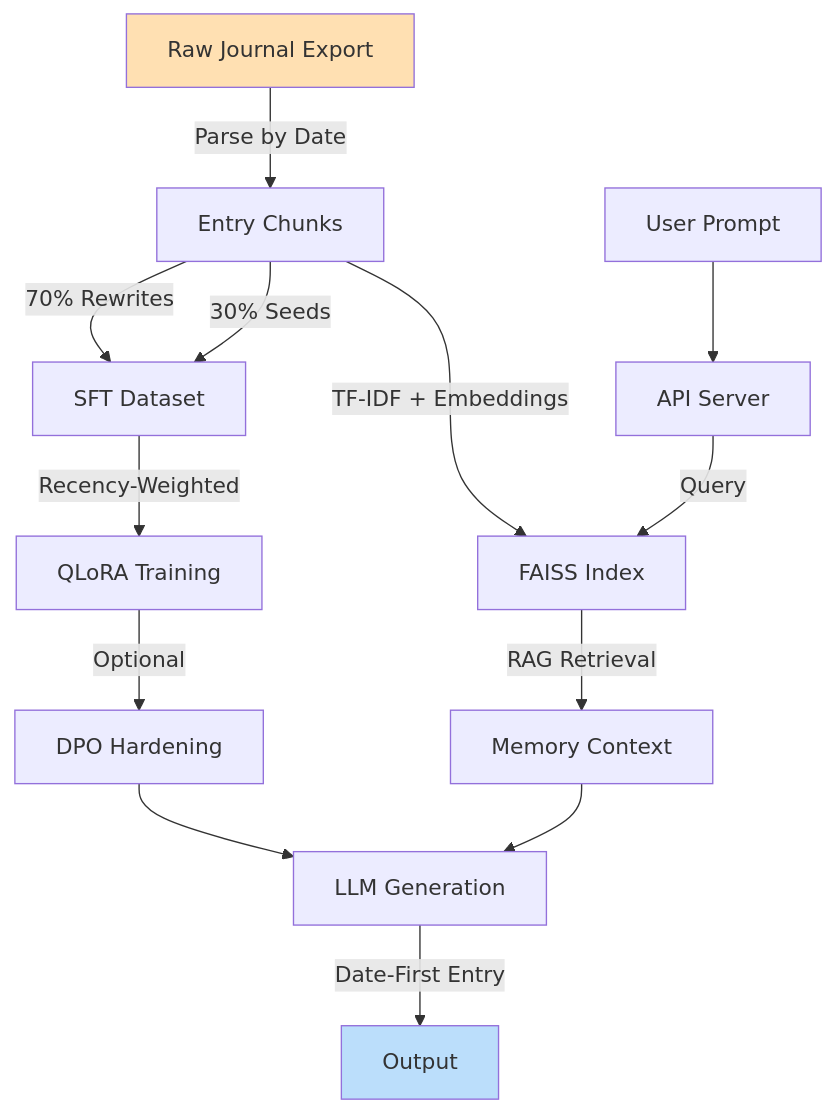
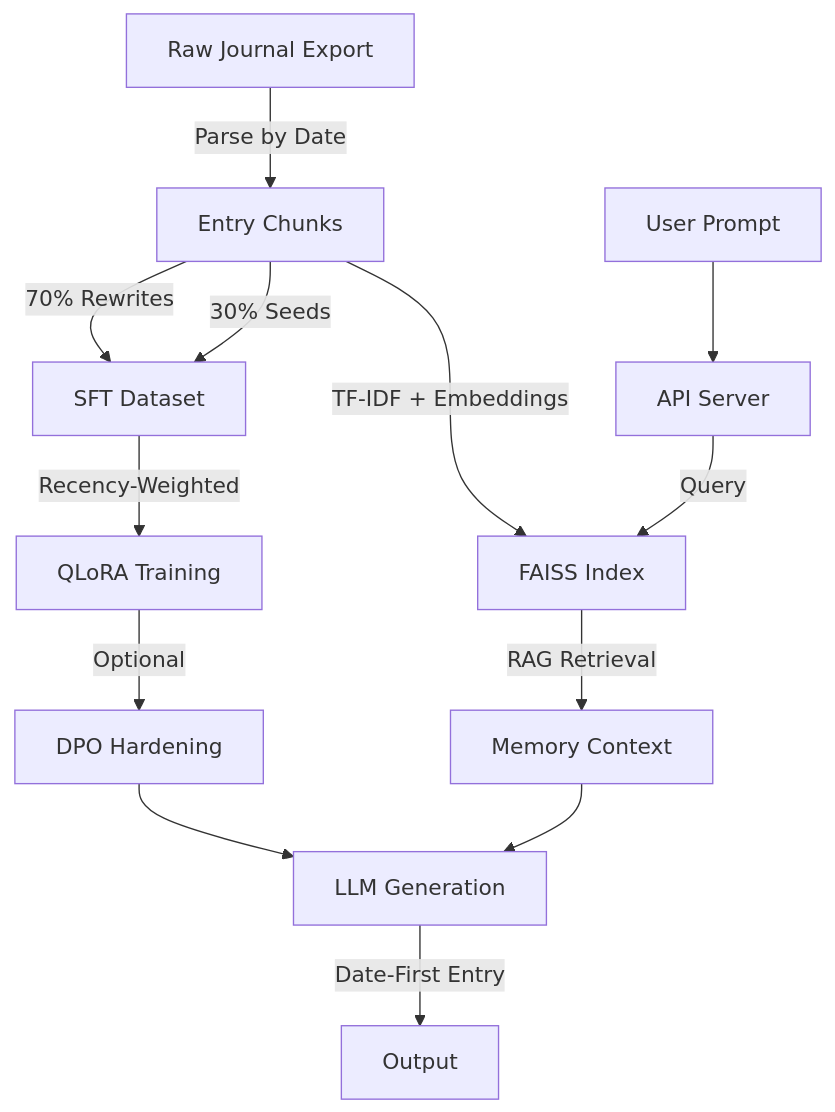
Before and after one commit to Joe-b-20/Atramentum: the diagram in README.md, drawn with Mermaid.

Commit message:
Remove style definitions for nodes A and K
Removed style definitions for nodes A and K in the diagram.

````diff
--- a/README.md
+++ b/README.md
@@ -11,18 +11,15 @@
 ```mermaid
 flowchart TD
     A["Raw Journal Export"] -- Parse by Date --> B["Entry Chunks"]
     B -- 70% Rewrites --> C["SFT Dataset"]
     B -- 30% Seeds --> C
     C -- "Recency-Weighted" --> D["QLoRA Training"]
     D -- Optional --> E["DPO Hardening"]
     B -- "TF-IDF + Embeddings" --> F["FAISS Index"]
     F -- RAG Retrieval --> G["Memory Context"]
     H["User Prompt"] --> I["API Server"]
     I -- Query --> F
     G --> J["LLM Generation"]
     E --> J
     J -- "Date-First Entry" --> K["Output"]
-
-    style A fill:#FFE0B2
-    style K fill:#BBDEFB
 ```
````
